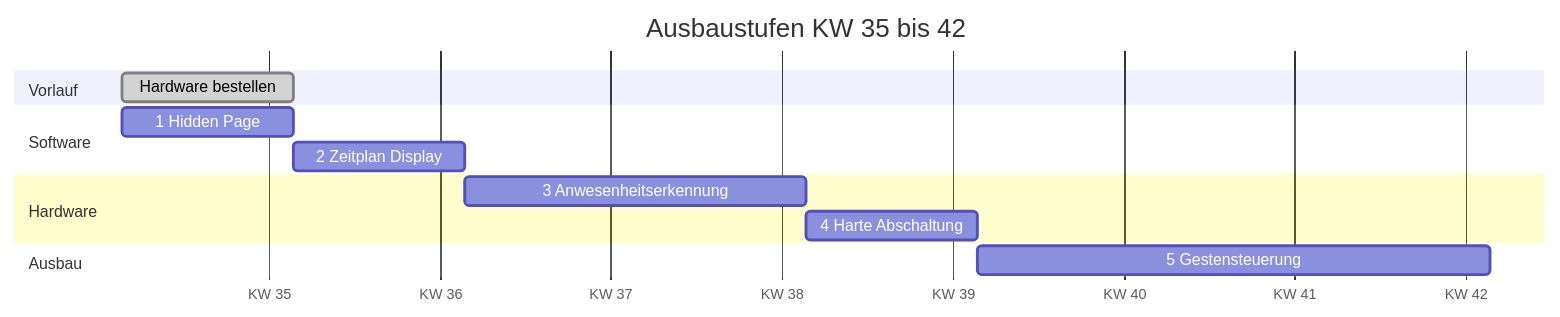
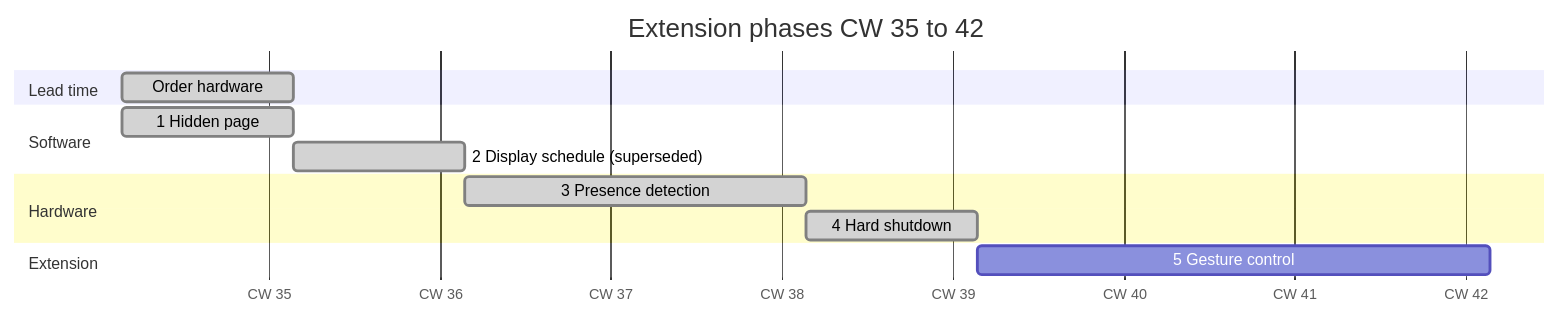
The diagram in docs/roadmap.md (bikenthusiast/raspberrypi-magicmirror), drawn with Mermaid before and after one commit. The commit also changed other lines of this file and 1 other file, not shown here.

First line of the commit message:
Bring roadmap and hardware docs up to date, in English

````diff
--- a/docs/roadmap.md
+++ b/docs/roadmap.md
@@ -16,20 +16,20 @@
 ```mermaid
 gantt
-    title Ausbaustufen KW 35 bis 42
+    title Extension phases CW 35 to 42
     dateFormat YYYY-MM-DD
-    axisFormat KW %V
+    axisFormat CW %V
 
-    section Vorlauf
-    Hardware bestellen        :done, best, 2026-08-24, 7d
+    section Lead time
+    Order hardware                  :done, best, 2026-08-24, 7d
 
     section Software
-    1 Hidden Page             :p1, 2026-08-24, 7d
-    2 Zeitplan Display        :p2, after p1, 7d
+    1 Hidden page                    :done, p1, 2026-08-24, 7d
+    2 Display schedule (superseded)  :done, p2, after p1, 7d
 
     section Hardware
-    3 Anwesenheitserkennung   :p3, after p2, 14d
-    4 Harte Abschaltung       :p4, after p3, 7d
+    3 Presence detection             :done, p3, after p2, 14d
+    4 Hard shutdown                  :done, p4, after p3, 7d
 
-    section Ausbau
-    5 Gestensteuerung         :p5, after p4, 21d
+    section Extension
+    5 Gesture control                :p5, after p4, 21d
 ```
````
